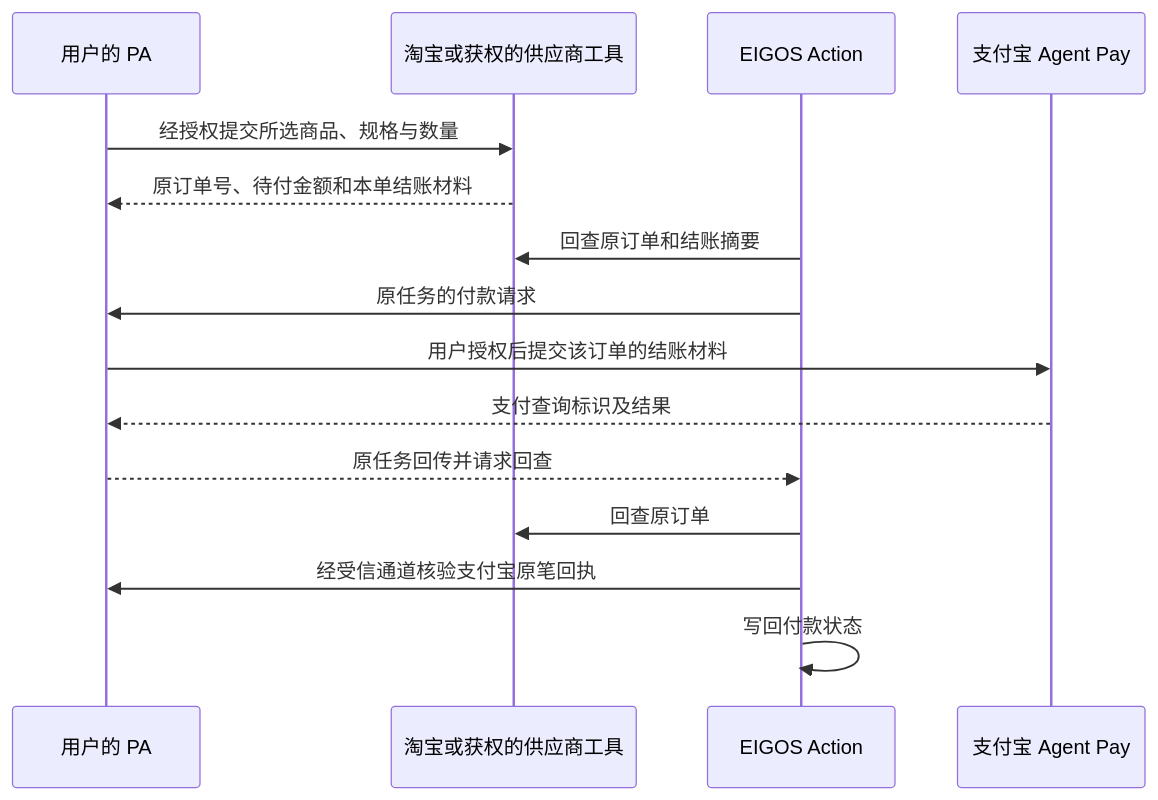
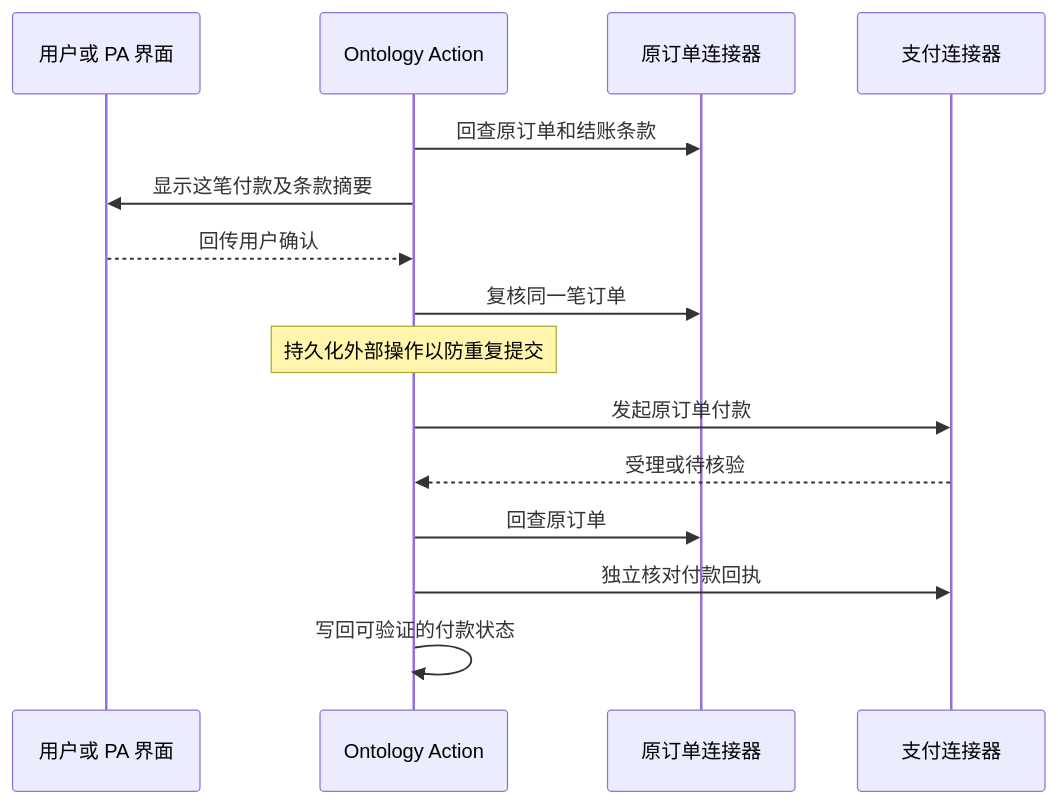
One commit to proerror77/eigos changed the diagram in docs/guides/alipay-agent-pay.md. Above: the diagram before and after it, drawn with Mermaid. The commit also changed other lines of this file and 3 other files, not shown here.

Commit message:
Dispatch Agent Pay through the original Ontology Action

````diff
--- a/docs/guides/alipay-agent-pay.md
+++ b/docs/guides/alipay-agent-pay.md
@@ -5,17 +9,17 @@
 ```mermaid
 sequenceDiagram
-    participant P as 用户的 PA
-    participant T as 淘宝或获权的供应商工具
-    participant E as EIGOS Action
-    participant A as 支付宝 Agent Pay
-    P->>T: 经授权提交所选商品、规格与数量
-    T-->>P: 原订单号、待付金额和本单结账材料
-    E->>T: 回查原订单和结账摘要
-    E->>P: 原任务的付款请求
-    P->>A: 用户授权后提交该订单的结账材料
-    A-->>P: 支付查询标识及结果
-    P-->>E: 原任务回传并请求回查
+    participant U as 用户或 PA 界面
+    participant E as Ontology Action
+    participant T as 原订单连接器
+    participant A as 支付连接器
+    E->>T: 回查原订单和结账条款
+    E->>U: 显示这笔付款及条款摘要
+    U-->>E: 回传用户确认
+    E->>T: 复核同一笔订单
+    Note over E: 持久化外部操作以防重复提交
+    E->>A: 发起原订单付款
+    A-->>E: 受理或待核验
     E->>T: 回查原订单
-    E->>P: 经受信通道核验支付宝原笔回执
-    E->>E: 写回付款状态
+    E->>A: 独立核对付款回执
+    E->>E: 写回可验证的付款状态
 ```
````
